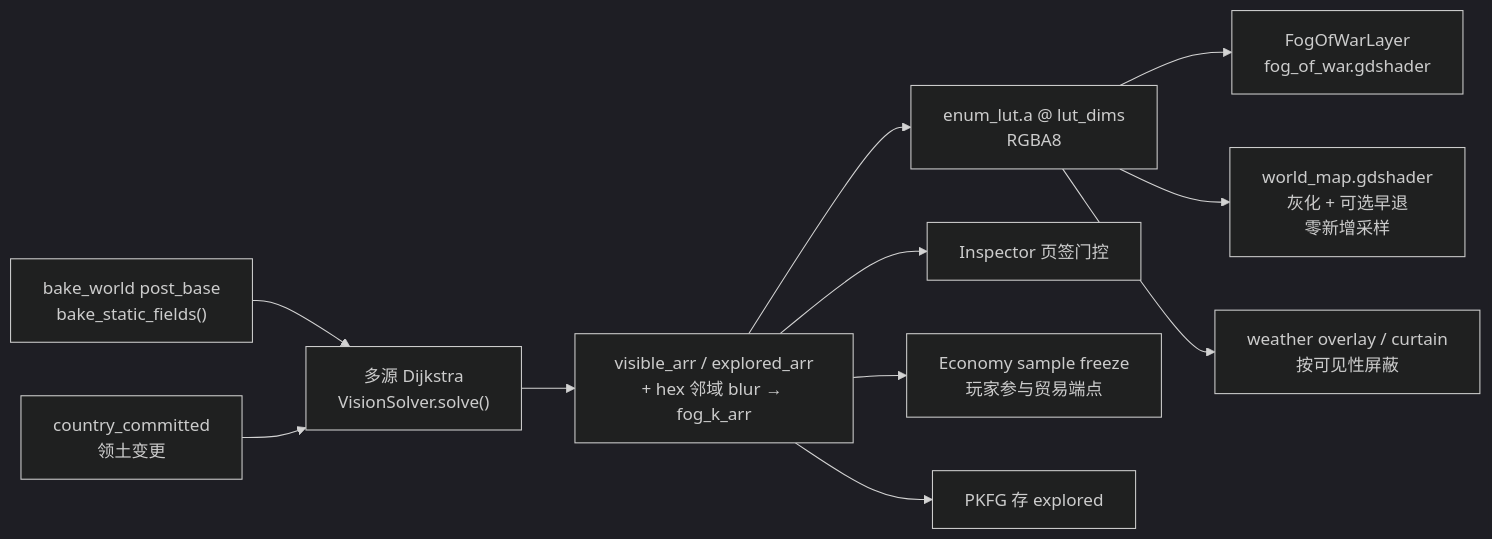
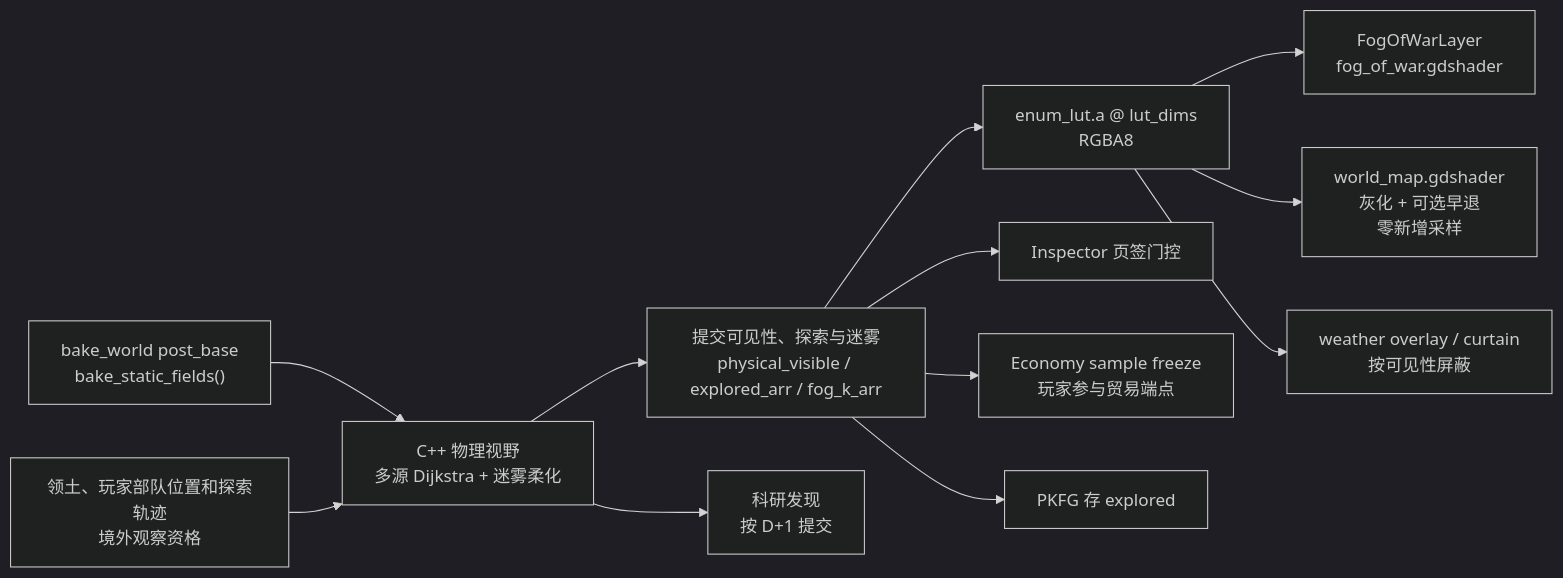
One commit to HkingAuditore/Project.Keynes changed the diagram in docs/cpp-dots-runtime/vision-fog-and-borders.md. Above: the diagram before and after it, drawn with Mermaid (dark theme). The commit also changed other lines of this file and 24 other files, not shown here.

````diff
--- a/docs/cpp-dots-runtime/vision-fog-and-borders.md
+++ b/docs/cpp-dots-runtime/vision-fog-and-borders.md
@@ -22,13 +22,14 @@
 ```mermaid
 flowchart LR
   bake["bake_world post_base<br/>bake_static_fields()"] --> solve
-  terr["country_committed<br/>领土变更"] --> solve["多源 Dijkstra<br/>VisionSolver.solve()"]
-  solve --> vis["visible_arr / explored_arr<br/>+ hex 邻域 blur → fog_k_arr"]
+  inputs["领土、玩家部队位置和探索轨迹<br/>境外观察资格"] --> solve["C++ 物理视野<br/>多源 Dijkstra + 迷雾柔化"]
+  solve --> vis["提交可见性、探索与迷雾<br/>physical_visible / explored_arr / fog_k_arr"]
+  solve --> research["科研发现<br/>按 D+1 提交"]
   vis --> lut["enum_lut.a @ lut_dims<br/>RGBA8"]
   lut --> fog["FogOfWarLayer<br/>fog_of_war.gdshader"]
   lut --> wm["world_map.gdshader<br/>灰化 + 可选早退<br/>零新增采样"]
 lut --> wx["weather overlay / curtain<br/>按可见性屏蔽"]
   vis --> ui["Inspector 页签门控"]
   vis --> trade["Economy sample freeze<br/>玩家参与贸易端点"]
   vis --> save["PKFG 存 explored"]
 ```
````
